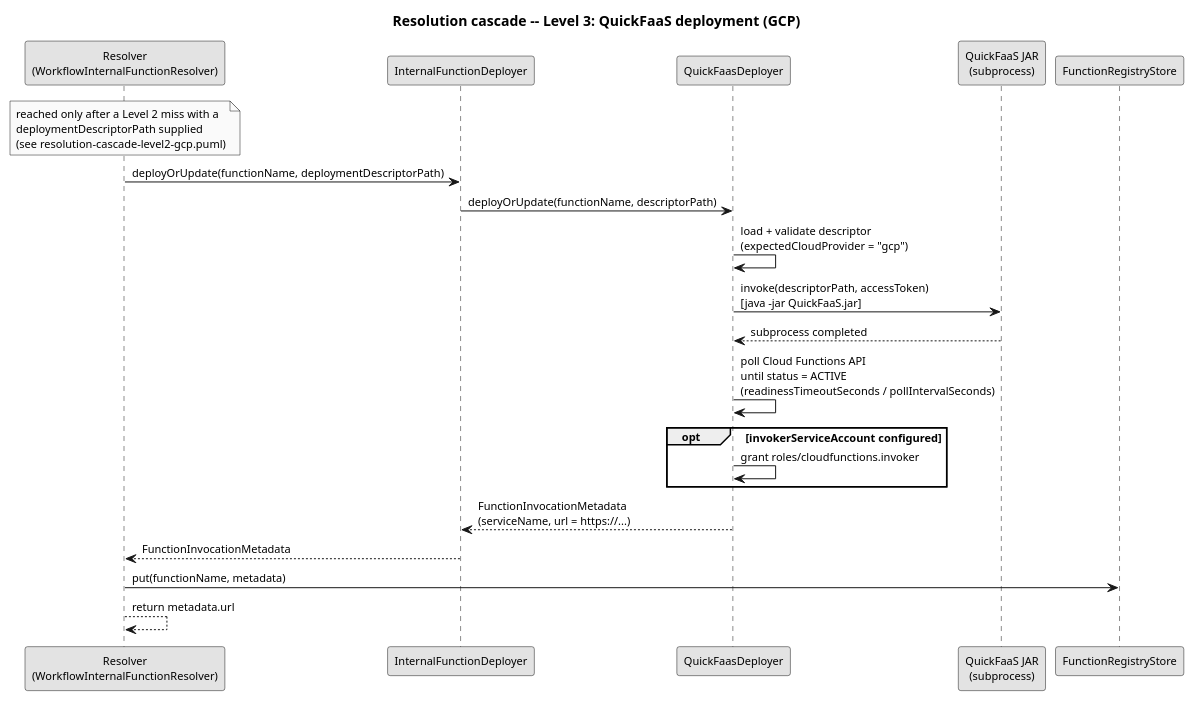
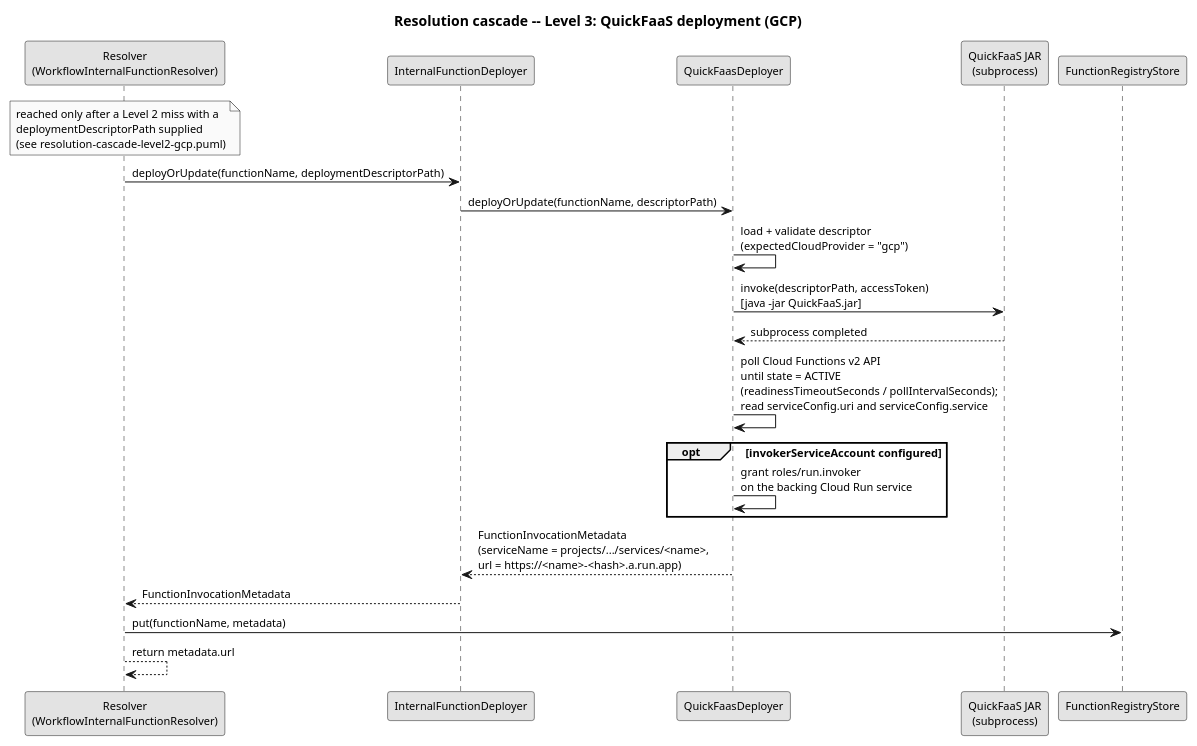
The diagram in diagrams/resolution-cascade-level3-gcp.puml (EngenheiroPedroCarvalho/ISEL-Thesis-2526), drawn with PlantUML before and after one commit. The commit also changed 17 other files, not shown here.

```diff
--- a/diagrams/resolution-cascade-level3-gcp.puml
+++ b/diagrams/resolution-cascade-level3-gcp.puml
@@ -1,33 +1,33 @@
 @startuml resolution-cascade-level3-gcp
 skinparam monochrome true
 skinparam shadowing false
 skinparam defaultFontSize 11
 title Resolution cascade -- Level 3: QuickFaaS deployment (GCP)
 
 participant "Resolver\n(WorkflowInternalFunctionResolver)" as R
 participant "InternalFunctionDeployer" as D
 participant "QuickFaasDeployer" as QFD
 participant "QuickFaaS JAR\n(subprocess)" as QF
 participant "FunctionRegistryStore" as REG
 
 note over R
   reached only after a Level 2 miss with a
   deploymentDescriptorPath supplied
   (see resolution-cascade-level2-gcp.puml)
 end note
 
 R -> D : deployOrUpdate(functionName, deploymentDescriptorPath)
 D -> QFD : deployOrUpdate(functionName, descriptorPath)
 QFD -> QFD : load + validate descriptor\n(expectedCloudProvider = "gcp")
 QFD -> QF : invoke(descriptorPath, accessToken)\n[java -jar QuickFaaS.jar]
 QF --> QFD : subprocess completed
-QFD -> QFD : poll Cloud Functions API\nuntil status = ACTIVE\n(readinessTimeoutSeconds / pollIntervalSeconds)
+QFD -> QFD : poll Cloud Functions v2 API\nuntil state = ACTIVE\n(readinessTimeoutSeconds / pollIntervalSeconds);\nread serviceConfig.uri and serviceConfig.service
 opt invokerServiceAccount configured
-  QFD -> QFD : grant roles/cloudfunctions.invoker
+  QFD -> QFD : grant roles/run.invoker\non the backing Cloud Run service
 end
-QFD --> D : FunctionInvocationMetadata\n(serviceName, url = https://...)
+QFD --> D : FunctionInvocationMetadata\n(serviceName = projects/.../services/<name>,\nurl = https://<name>-<hash>.a.run.app)
 
 D --> R : FunctionInvocationMetadata
 R -> REG : put(functionName, metadata)
 R --> R : return metadata.url
 @enduml
```
